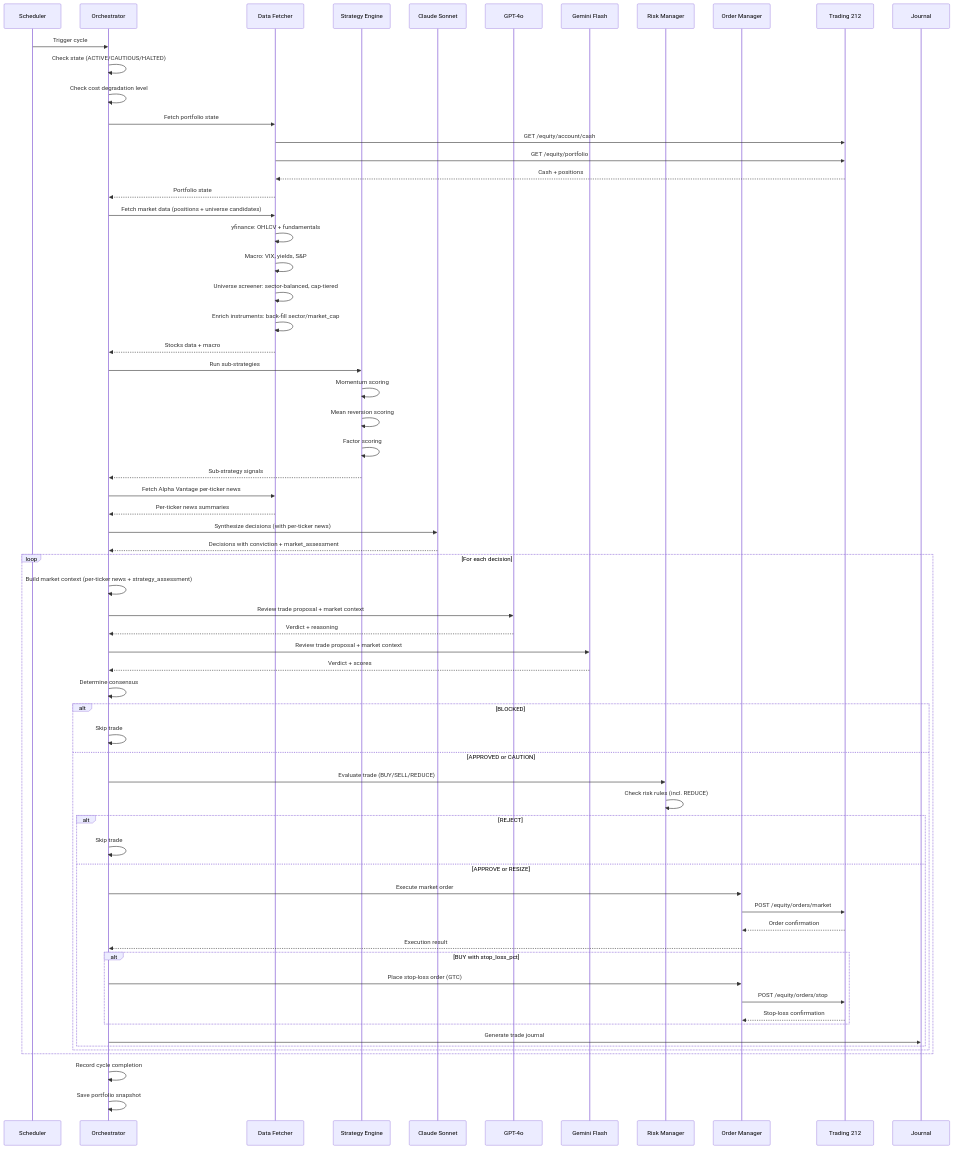
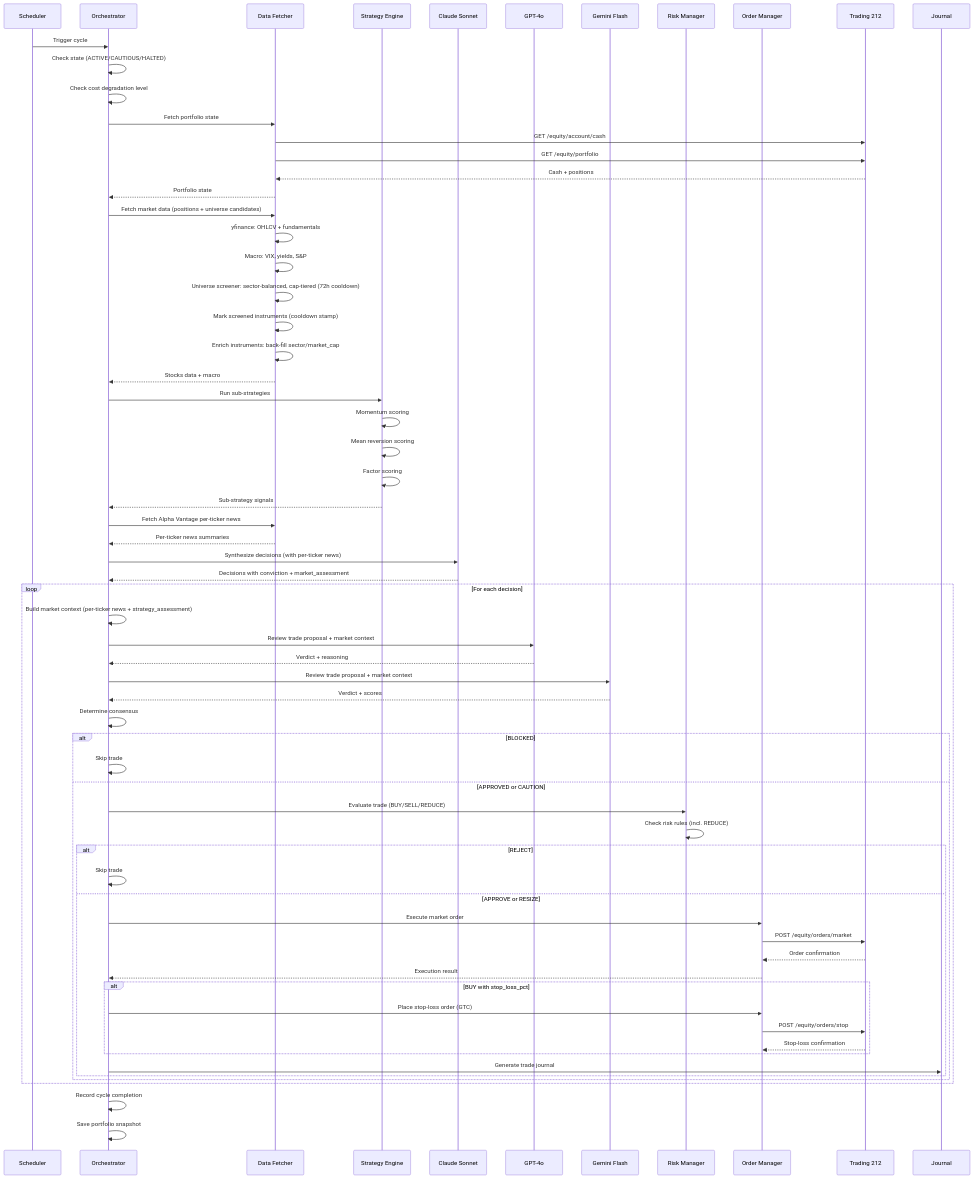
Before and after one commit to zenouz-ai/zeninvest: the second of 5 diagrams in docs/ARCHITECTURE.md, drawn with Mermaid. The commit also changed other lines of this file and 4 other files, not shown here.

````diff
--- a/docs/ARCHITECTURE.md
+++ b/docs/ARCHITECTURE.md
@@ -314,76 +315,77 @@
 ```mermaid
 sequenceDiagram
     participant S as Scheduler
     participant O as Orchestrator
     participant D as Data Fetcher
     participant ST as Strategy Engine
     participant CL as Claude Sonnet
     participant GP as GPT-4o
     participant GE as Gemini Flash
     participant R as Risk Manager
     participant E as Order Manager
     participant T as Trading 212
     participant J as Journal
 
     S->>O: Trigger cycle
     O->>O: Check state (ACTIVE/CAUTIOUS/HALTED)
     O->>O: Check cost degradation level
 
     O->>D: Fetch portfolio state
     D->>T: GET /equity/account/cash
     D->>T: GET /equity/portfolio
     T-->>D: Cash + positions
     D-->>O: Portfolio state
 
     O->>D: Fetch market data (positions + universe candidates)
     D->>D: yfinance: OHLCV + fundamentals
     D->>D: Macro: VIX, yields, S&P
-    D->>D: Universe screener: sector-balanced, cap-tiered
+    D->>D: Universe screener: sector-balanced, cap-tiered (72h cooldown)
+    D->>D: Mark screened instruments (cooldown stamp)
     D->>D: Enrich instruments: back-fill sector/market_cap
     D-->>O: Stocks data + macro
 
     O->>ST: Run sub-strategies
     ST->>ST: Momentum scoring
     ST->>ST: Mean reversion scoring
     ST->>ST: Factor scoring
     ST-->>O: Sub-strategy signals
 
     O->>D: Fetch Alpha Vantage per-ticker news
     D-->>O: Per-ticker news summaries
 
     O->>CL: Synthesize decisions (with per-ticker news)
     CL-->>O: Decisions with conviction + market_assessment
 
     loop For each decision
         O->>O: Build market context (per-ticker news + strategy_assessment)
         O->>GP: Review trade proposal + market context
         GP-->>O: Verdict + reasoning
         O->>GE: Review trade proposal + market context
         GE-->>O: Verdict + scores
         O->>O: Determine consensus
 
         alt BLOCKED
             O->>O: Skip trade
         else APPROVED or CAUTION
             O->>R: Evaluate trade (BUY/SELL/REDUCE)
             R->>R: Check risk rules (incl. REDUCE)
             alt REJECT
                 O->>O: Skip trade
             else APPROVE or RESIZE
                 O->>E: Execute market order
                 E->>T: POST /equity/orders/market
                 T-->>E: Order confirmation
                 E-->>O: Execution result
                 alt BUY with stop_loss_pct
                     O->>E: Place stop-loss order (GTC)
                     E->>T: POST /equity/orders/stop
                     T-->>E: Stop-loss confirmation
                 end
                 O->>J: Generate trade journal
             end
         end
     end
 
     O->>O: Record cycle completion
     O->>O: Save portfolio snapshot
 ```
````
